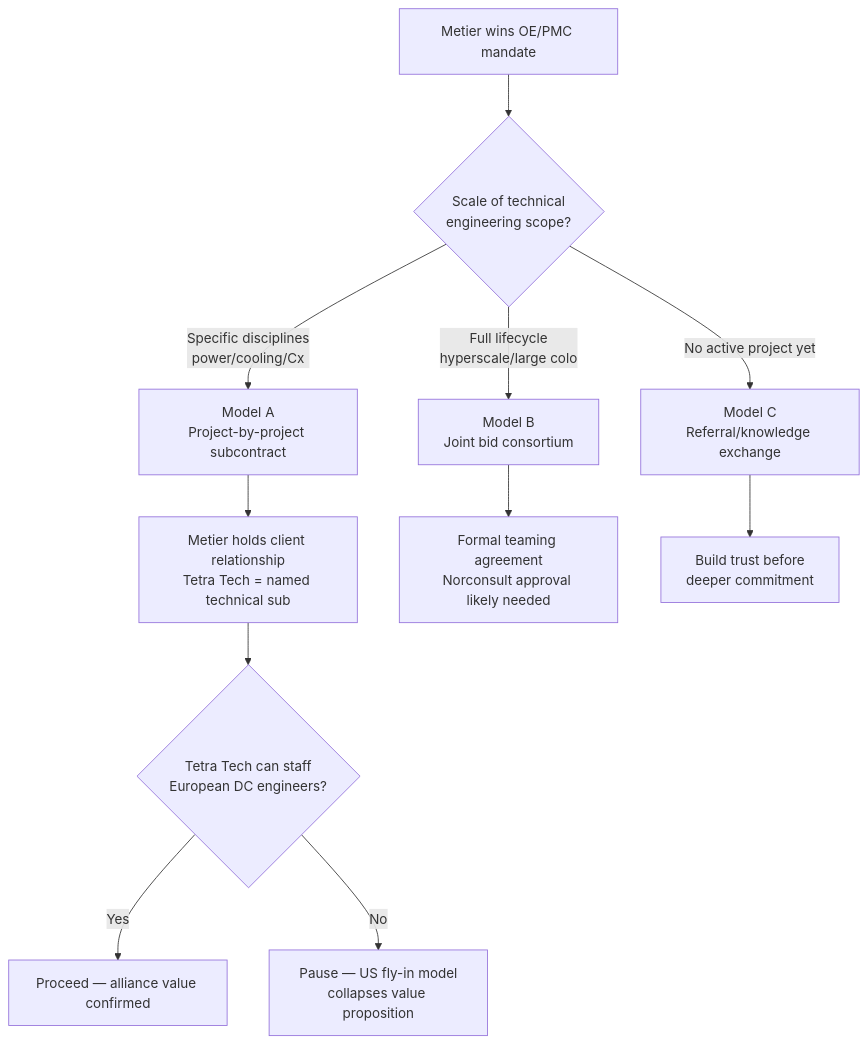
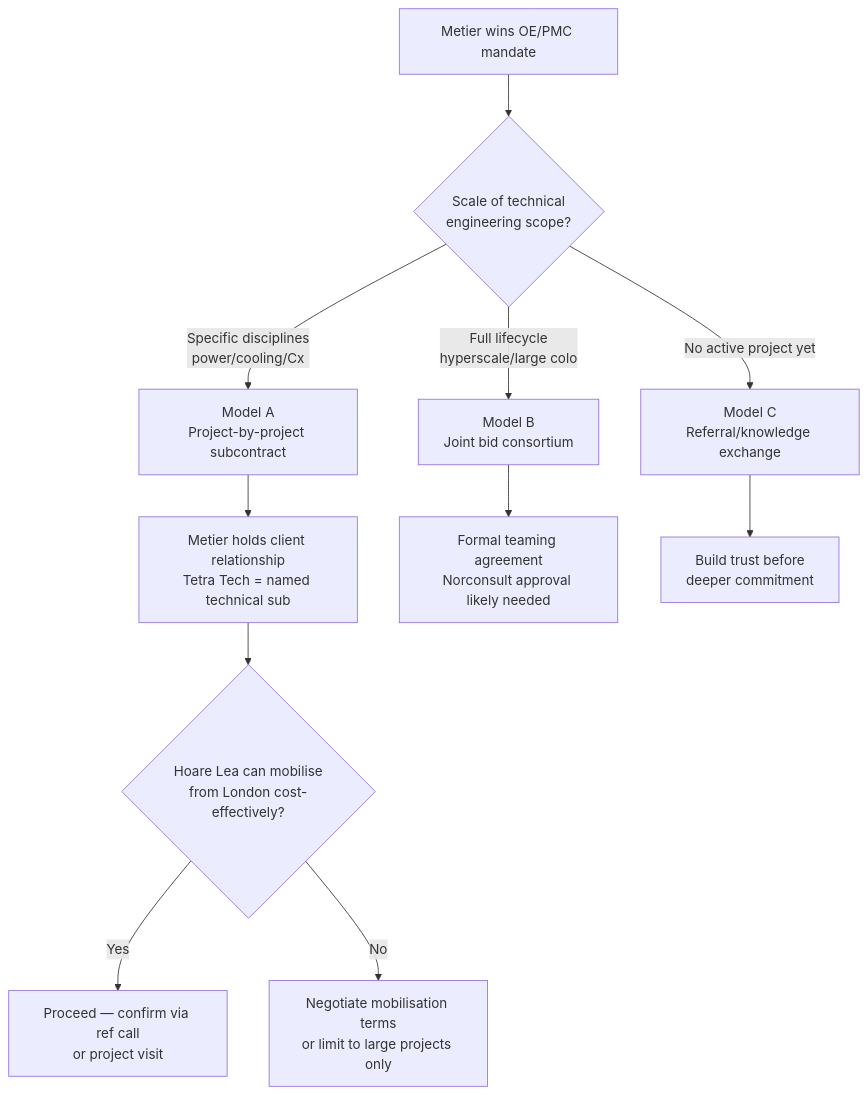
One commit to 5heyeen/data-centers changed the second of 2 diagrams in projects/dc-gtm/dc-consultants/tetra-tech-data-center-services/presentation.md. Above: the diagram before and after it, drawn with Mermaid. The commit also changed other lines of this file and 2 other files, not shown here.

First line of the commit message:
Update Tetra Tech CapStat: add project references and correct key findings

````diff
--- a/projects/dc-gtm/dc-consultants/tetra-tech-data-center-services/presentation.md
+++ b/projects/dc-gtm/dc-consultants/tetra-tech-data-center-services/presentation.md
@@ -100,13 +106,13 @@
 ```mermaid
 flowchart TD
     A[Metier wins OE/PMC mandate] --> B{Scale of technical\nengineering scope?}
     B -->|Specific disciplines\npower/cooling/Cx| C[Model A\nProject-by-project subcontract]
     B -->|Full lifecycle\nhyperscale/large colo| D[Model B\nJoint bid consortium]
     B -->|No active project yet| E[Model C\nReferral/knowledge exchange]
     C --> F[Metier holds client relationship\nTetra Tech = named technical sub]
     D --> G[Formal teaming agreement\nNorconsult approval likely needed]
     E --> H[Build trust before\ndeeper commitment]
-    F --> I{Tetra Tech can staff\nEuropean DC engineers?}
-    I -->|Yes| J[Proceed — alliance value confirmed]
-    I -->|No| K[Pause — US fly-in model\ncollapses value proposition]
+    F --> I{Hoare Lea can mobilise\nfrom London cost-effectively?}
+    I -->|Yes| J[Proceed — confirm via ref call\nor project visit]
+    I -->|No| K[Negotiate mobilisation terms\nor limit to large projects only]
 ```
````
